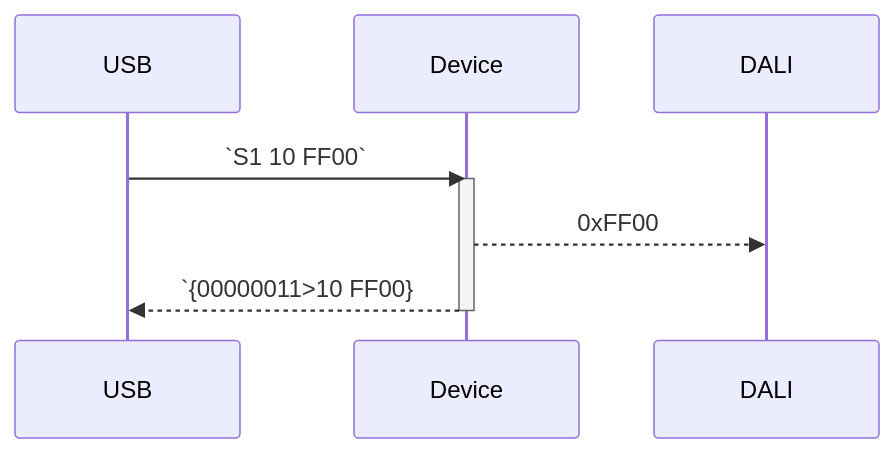
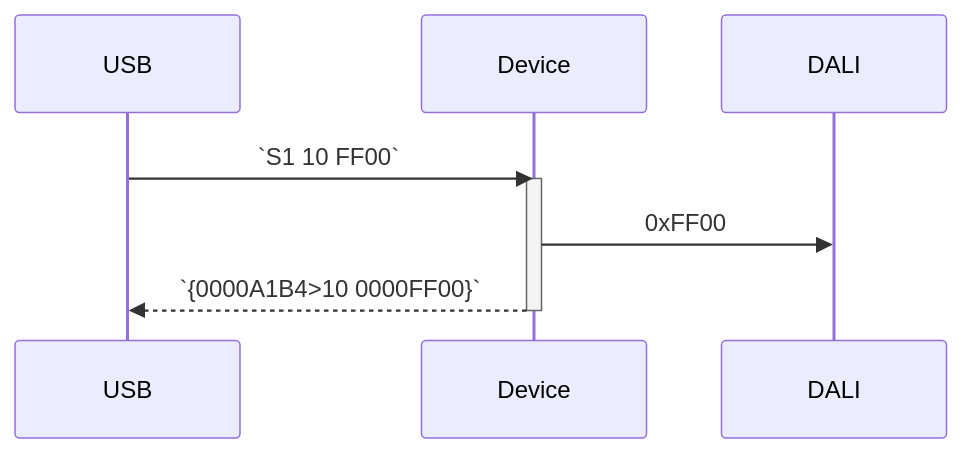
One commit to SvenHaedrich/dali_usb_lpc1114 changed the first of 2 diagrams in doc/messages.md. Above: the diagram before and after it, drawn with Mermaid. The commit also changed other lines of this file and 1 other file, not shown here.

````diff
--- a/doc/messages.md
+++ b/doc/messages.md
@@ -44,11 +50,11 @@
 ```mermaid
 sequenceDiagram
     participant USB
     participant Device
     participant DALI
     USB ->> Device: `S1 10 FF00`
     activate Device
-    Device -->> DALI: 0xFF00
-    Device -->> USB: `{00000011>10 FF00}
+    Device ->> DALI: 0xFF00
+    Device -->> USB: `{0000A1B4>10 0000FF00}`
     deactivate Device
 ```
````
